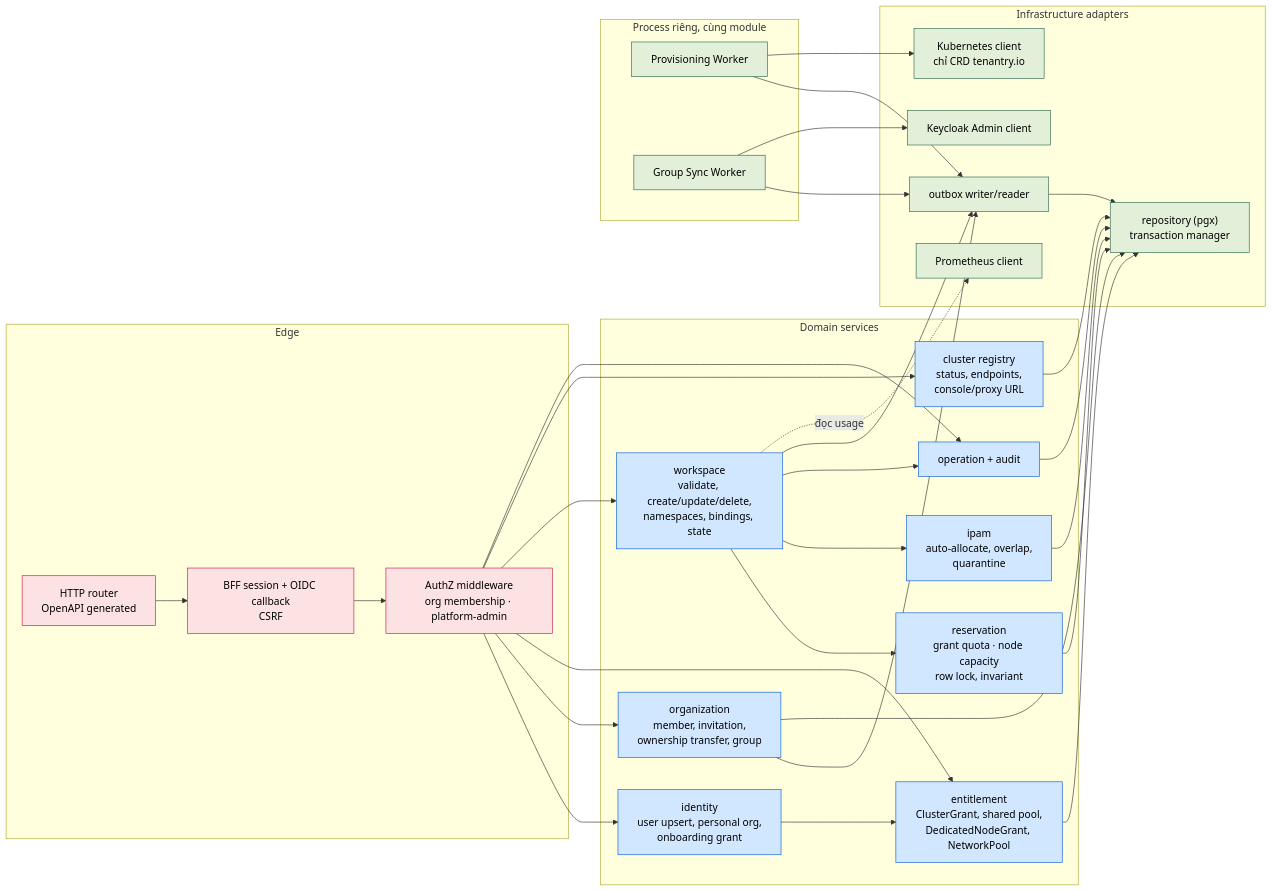
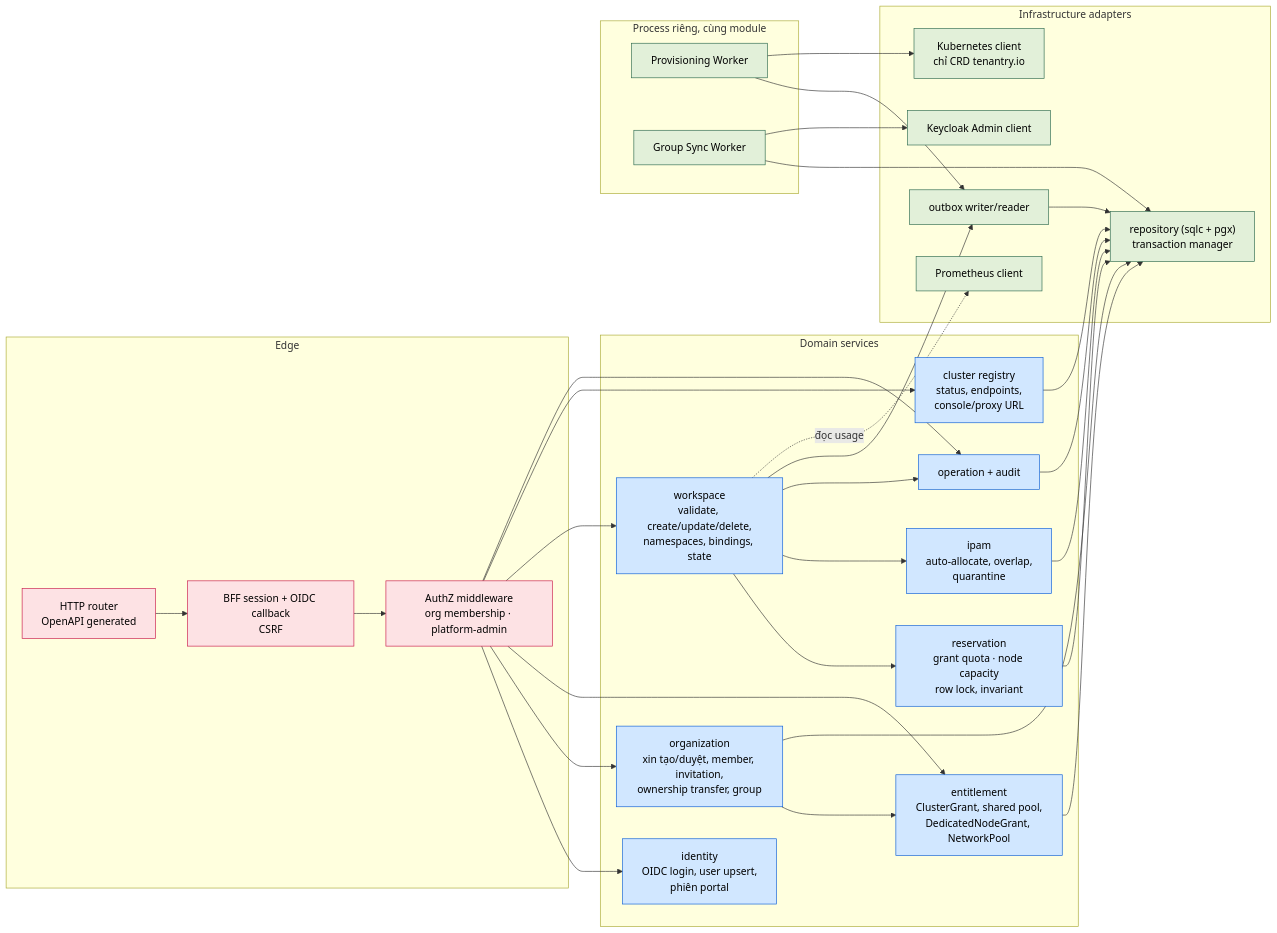
Before and after one commit to thaihoc1310/tenantry: the fourth of 5 diagrams in docs/architecture/01-system-context.md, drawn with Mermaid. The commit also changed other lines of this file and 12 other files, not shown here.

Commit message:
docs: single-source the docs, tie portal sessions to Keycloak, tombstone group sync

````diff
--- a/docs/architecture/01-system-context.md
+++ b/docs/architecture/01-system-context.md
@@ -198,57 +198,56 @@
 ```mermaid
 flowchart LR
   classDef edge fill:#fde2e4,stroke:#c9184a,color:#000
   classDef mod fill:#d1e7ff,stroke:#0b5ed7,color:#000
   classDef infra fill:#e2f0d9,stroke:#2d6a4f,color:#000
 
   subgraph Edge["Edge"]
     HTTP["HTTP router<br/>OpenAPI generated"]:::edge
     Sess["BFF session + OIDC callback<br/>CSRF"]:::edge
     AuthZ["AuthZ middleware<br/>org membership · platform-admin"]:::edge
   end
 
   subgraph Domain["Domain services"]
-    Identity["identity<br/>user upsert, personal org,<br/>onboarding grant"]:::mod
-    Org["organization<br/>member, invitation,<br/>ownership transfer, group"]:::mod
+    Identity["identity<br/>OIDC login, user upsert,<br/>phiên portal"]:::mod
+    Org["organization<br/>xin tạo/duyệt, member, invitation,<br/>ownership transfer, group"]:::mod
     Ent["entitlement<br/>ClusterGrant, shared pool,<br/>DedicatedNodeGrant, NetworkPool"]:::mod
     WS["workspace<br/>validate, create/update/delete,<br/>namespaces, bindings, state"]:::mod
     Res["reservation<br/>grant quota · node capacity<br/>row lock, invariant"]:::mod
     IPAM["ipam<br/>auto-allocate, overlap,<br/>quarantine"]:::mod
     Ops["operation + audit"]:::mod
     Cluster["cluster registry<br/>status, endpoints,<br/>console/proxy URL"]:::mod
   end
 
   subgraph Infra["Infrastructure adapters"]
-    Repo["repository (pgx)<br/>transaction manager"]:::infra
+    Repo["repository (sqlc + pgx)<br/>transaction manager"]:::infra
     Outbox["outbox writer/reader"]:::infra
     KCc["Keycloak Admin client"]:::infra
     K8sc["Kubernetes client<br/>chỉ CRD tenantry.io"]:::infra
     Prom["Prometheus client"]:::infra
   end
 
   HTTP --> Sess --> AuthZ
   AuthZ --> Identity & Org & Ent & WS & Cluster & Ops
   WS --> Res
   WS --> IPAM
   WS --> Ops
   Res --> Repo
   IPAM --> Repo
   WS --> Outbox
-  Org --> Outbox
-  Identity --> Ent
+  Org --> Ent
   Ops --> Repo
   Org --> Repo
   Ent --> Repo
   Cluster --> Repo
   Outbox --> Repo
   WS -.->|"đọc usage"| Prom
 
   subgraph Workers["Process riêng, cùng module"]
     PW["Provisioning Worker"]:::infra
     GS["Group Sync Worker"]:::infra
   end
   PW --> Outbox
   PW --> K8sc
-  GS --> Outbox
+  GS --> Repo
   GS --> KCc
 ```
````
